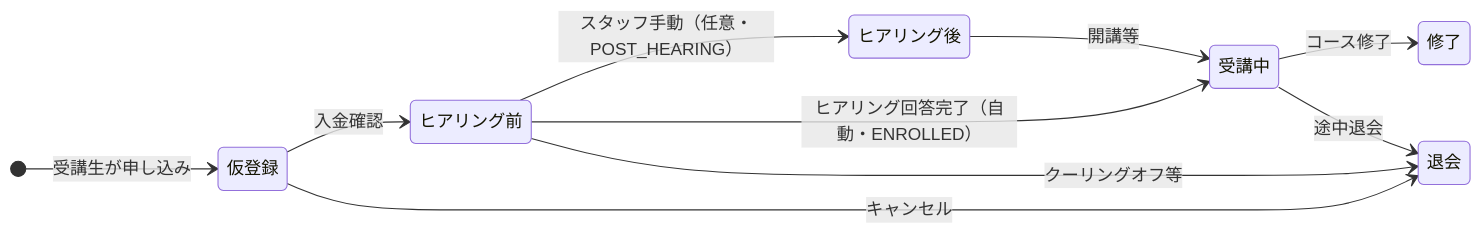
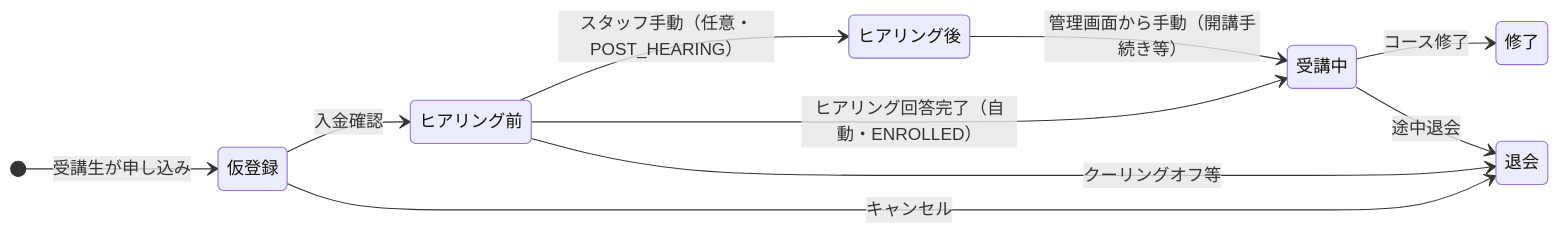
The first of 2 diagrams in docs/01_要件定義/ユースケース.md (koujienami/studentManagementAI), drawn with Mermaid before and after one commit. The commit also changed 7 other files, not shown here.

````diff
--- a/docs/01_要件定義/ユースケース.md
+++ b/docs/01_要件定義/ユースケース.md
@@ -5,13 +5,13 @@
 ```mermaid
 stateDiagram-v2
     direction LR
     [*] --> 仮登録: 受講生が申し込み
     仮登録 --> ヒアリング前: 入金確認
     ヒアリング前 --> ヒアリング後: スタッフ手動（任意・POST_HEARING）
-    ヒアリング後 --> 受講中: 開講等
+    ヒアリング後 --> 受講中: 管理画面から手動（開講手続き等）
     ヒアリング前 --> 受講中: ヒアリング回答完了（自動・ENROLLED）
     受講中 --> 修了: コース修了
     受講中 --> 退会: 途中退会
     仮登録 --> 退会: キャンセル
     ヒアリング前 --> 退会: クーリングオフ等
 ```
````
